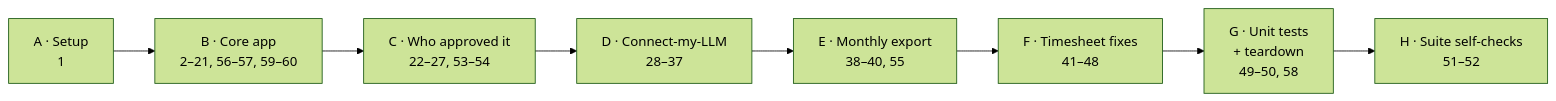
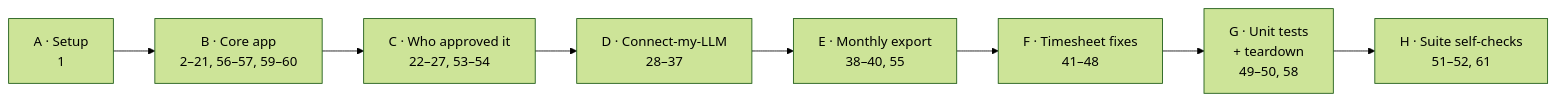
Before and after one commit to JoshNorris-Titan/titan-time-e2e: the third of 3 diagrams in README.md, drawn with Mermaid (forest theme). The commit also changed other lines of this file and 2 other files, not shown here.

````diff
--- a/README.md
+++ b/README.md
@@ -128,6 +128,6 @@
 ```mermaid
 flowchart LR
   A["A · Setup<br/>1"] --> B["B · Core app<br/>2–21, 56–57, 59–60"] --> C["C · Who approved it<br/>22–27, 53–54"] --> D["D · Connect-my-LLM<br/>28–37"]
   D --> E["E · Monthly export<br/>38–40, 55"] --> F["F · Timesheet fixes<br/>41–48"] --> G["G · Unit tests<br/>+ teardown<br/>49–50, 58"]
-  G --> H["H · Suite self-checks<br/>51–52"]
+  G --> H["H · Suite self-checks<br/>51–52, 61"]
 ```
````
